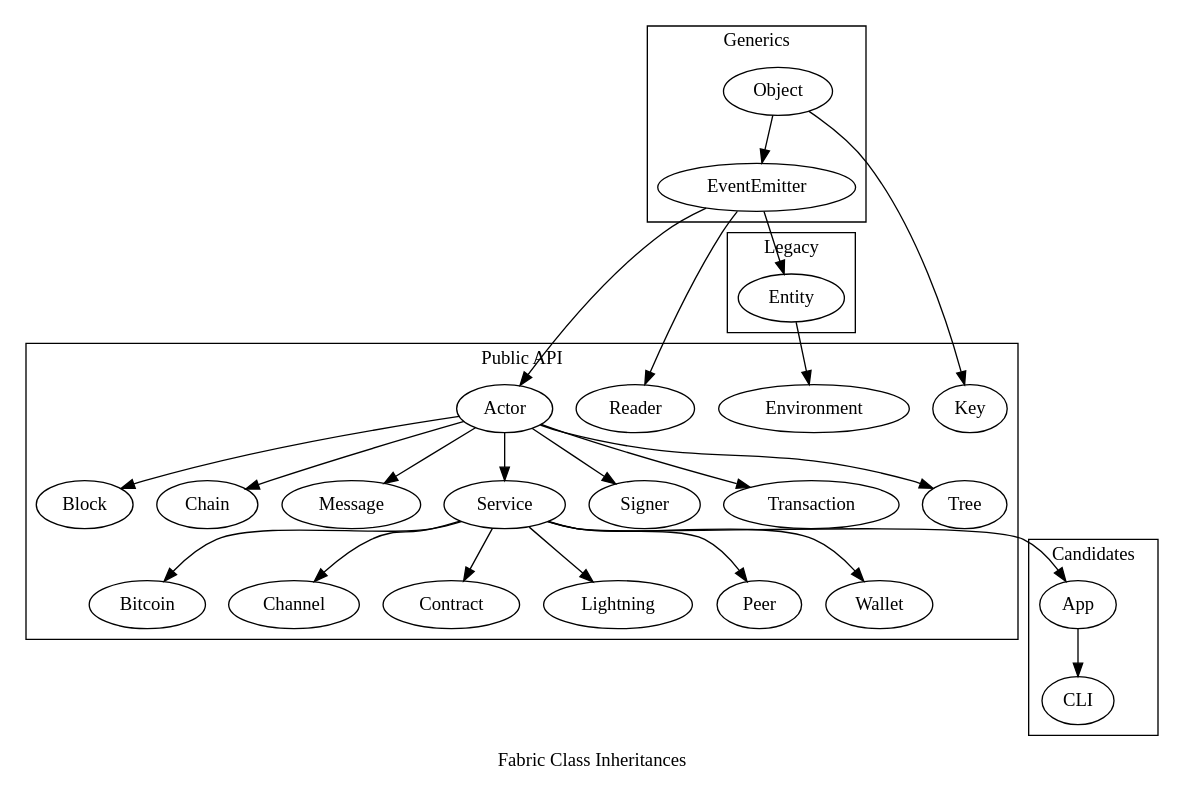
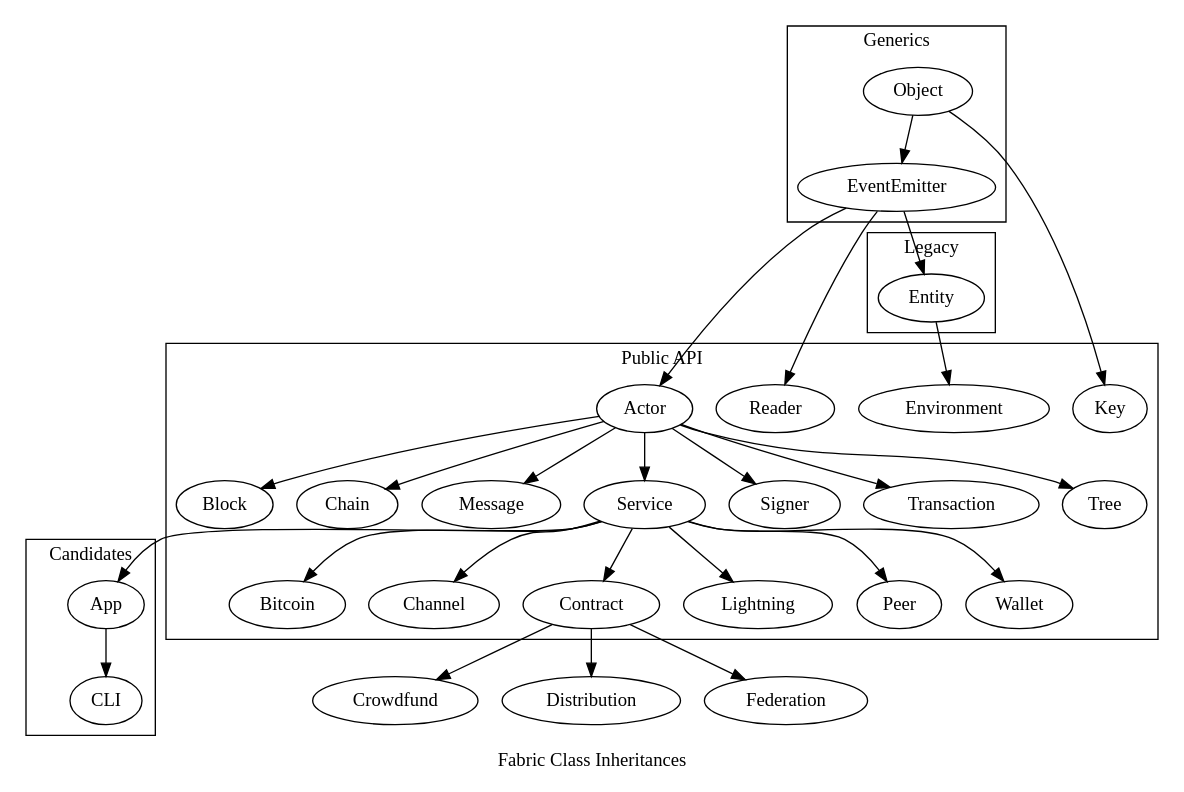
Before and after one commit to FabricLabs/fabric: the diagram in contracts/classes.dot, drawn with Graphviz. The commit also changed 3 other files, not shown here.

```diff
--- a/contracts/classes.dot
+++ b/contracts/classes.dot
@@ -1,76 +1,82 @@
 digraph FabricClasses {
   label = "Fabric Class Inheritances"
   rankdir = "TB"
 
   subgraph cluster_generics {
     label = "Generics"
     "Object"
     "EventEmitter"
   }
 
   subgraph cluster_core {
     label = "Public API"
     "Actor"
     "Block"
     "Bitcoin"
     "Chain"
     "Channel"
     "Contract"
     "Environment"
     "Key"
     "Lightning"
     "Message"
     "Peer"
     "Reader"
     "Service"
     "Signer"
     "Transaction"
     "Tree"
     "Wallet"
   }
 
   subgraph cluster_candidates {
     label = "Candidates"
     "App"
     "CLI"
   }
 
   subgraph cluster_legacy {
     label = "Legacy"
     "Entity"
   }
 
   "Actor" -> {
     "Block"
     "Chain"
     "Message"
     "Service"
     "Signer"
     "Transaction"
     "Tree"
   }
 
   "App" -> {
     "CLI"
   }
 
+  "Contract" -> {
+    "Crowdfund"
+    "Distribution"
+    "Federation"
+  }
+
   "Entity" -> "Environment"
   "EventEmitter" -> {
     "Actor"
     "Entity"
     "Reader"
   }
 
   "Object" -> "EventEmitter"
   "Object" -> "Key"
 
   "Service" -> {
     "App"
     "Bitcoin"
     "Channel"
     "Contract"
     "Lightning"
     "Peer"
     "Wallet"
   }
 }
```
